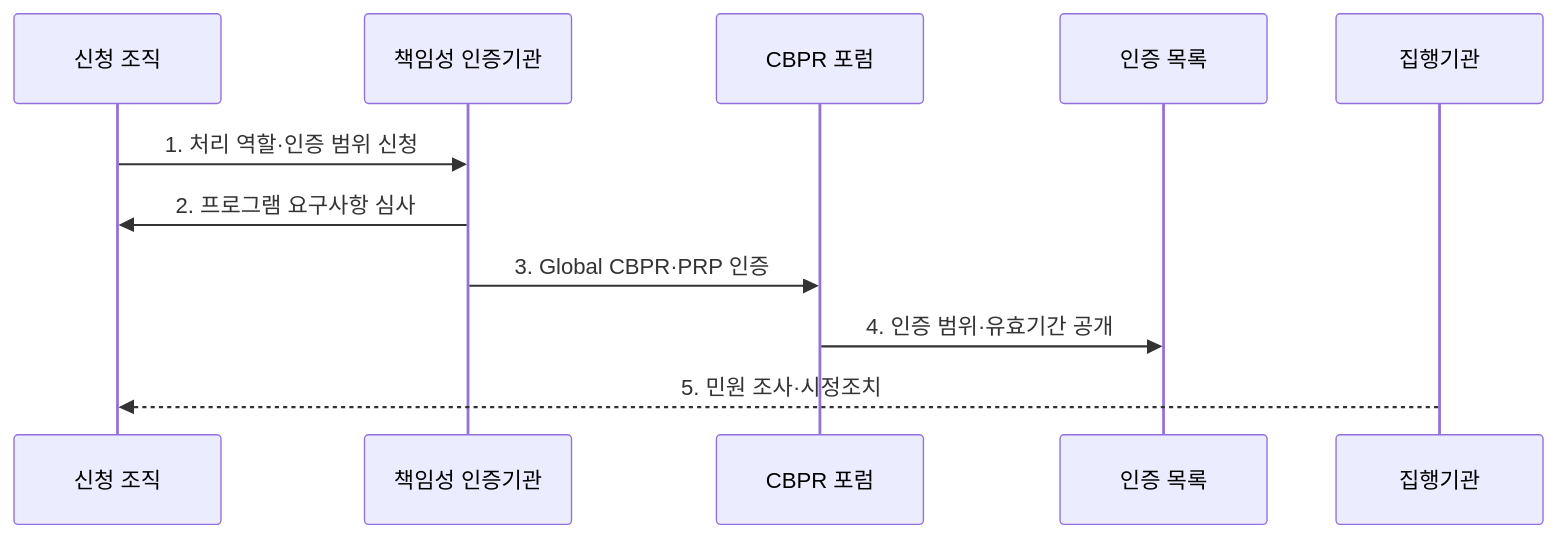
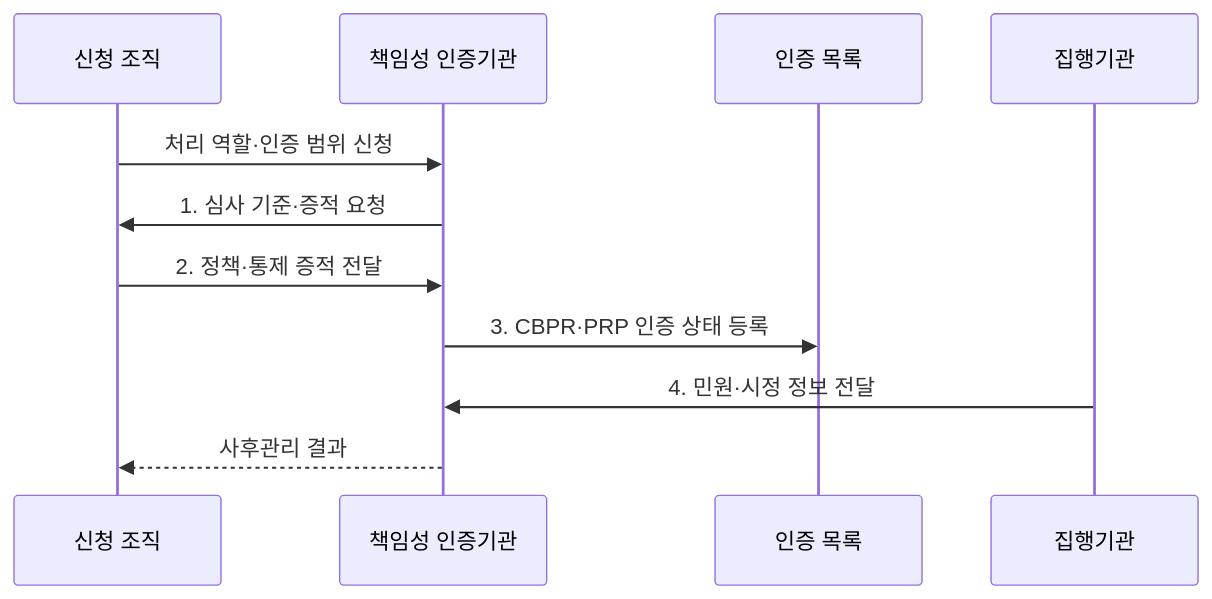
The second of 2 diagrams in src/content/docs/notes/05-security/102_cbpr_cross_border_privacy_rules.md (agnusdei1207/knowledge-base), drawn with Mermaid before and after one commit. The commit also changed other lines of this file and 20 other files, not shown here.

````diff
--- a/src/content/docs/notes/05-security/102_cbpr_cross_border_privacy_rules.md
+++ b/src/content/docs/notes/05-security/102_cbpr_cross_border_privacy_rules.md
@@ -80,13 +80,13 @@
 ```mermaid
 sequenceDiagram
   participant O as 신청 조직
   participant A as 책임성 인증기관
-  participant F as CBPR 포럼
   participant D as 인증 목록
   participant E as 집행기관
-  O->>A: 1. 처리 역할·인증 범위 신청
-  A->>O: 2. 프로그램 요구사항 심사
-  A->>F: 3. Global CBPR·PRP 인증
-  F->>D: 4. 인증 범위·유효기간 공개
-  E-->>O: 5. 민원 조사·시정조치
+  O->>A: 처리 역할·인증 범위 신청
+  A->>O: 1. 심사 기준·증적 요청
+  O->>A: 2. 정책·통제 증적 전달
+  A->>D: 3. CBPR·PRP 인증 상태 등록
+  E->>A: 4. 민원·시정 정보 전달
+  A-->>O: 사후관리 결과
 ```
````
